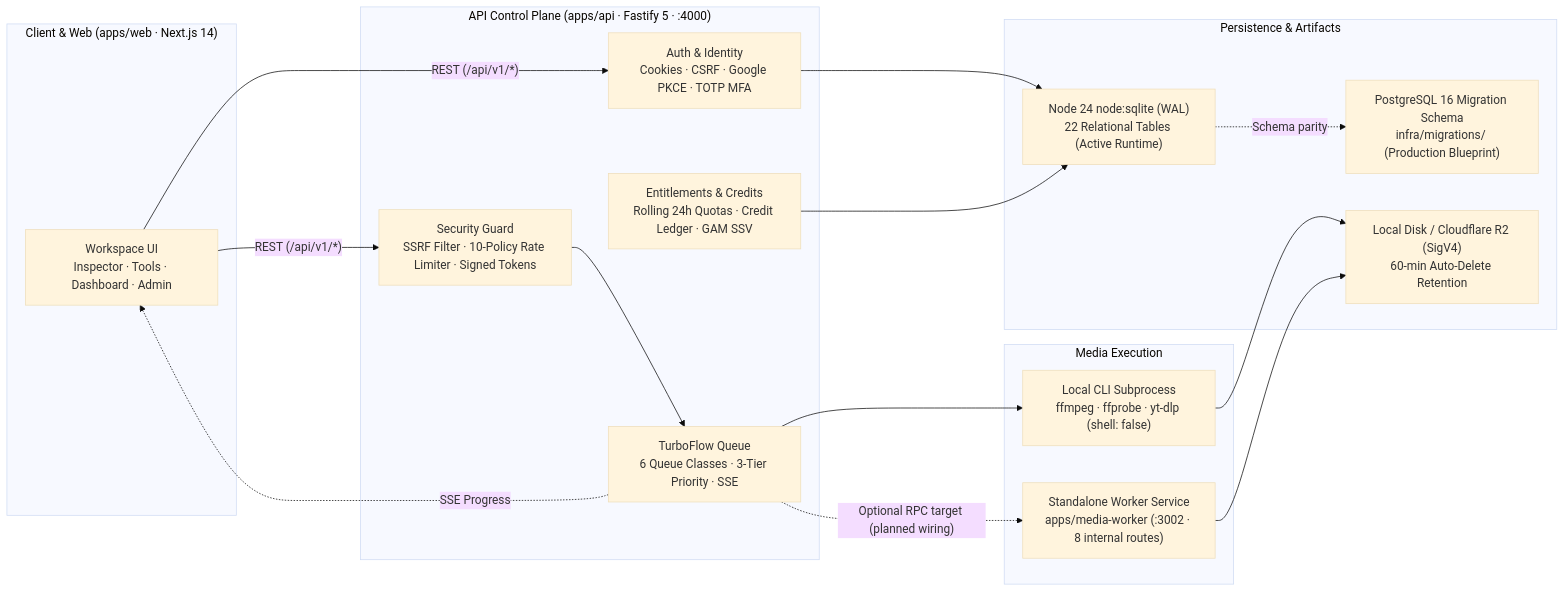
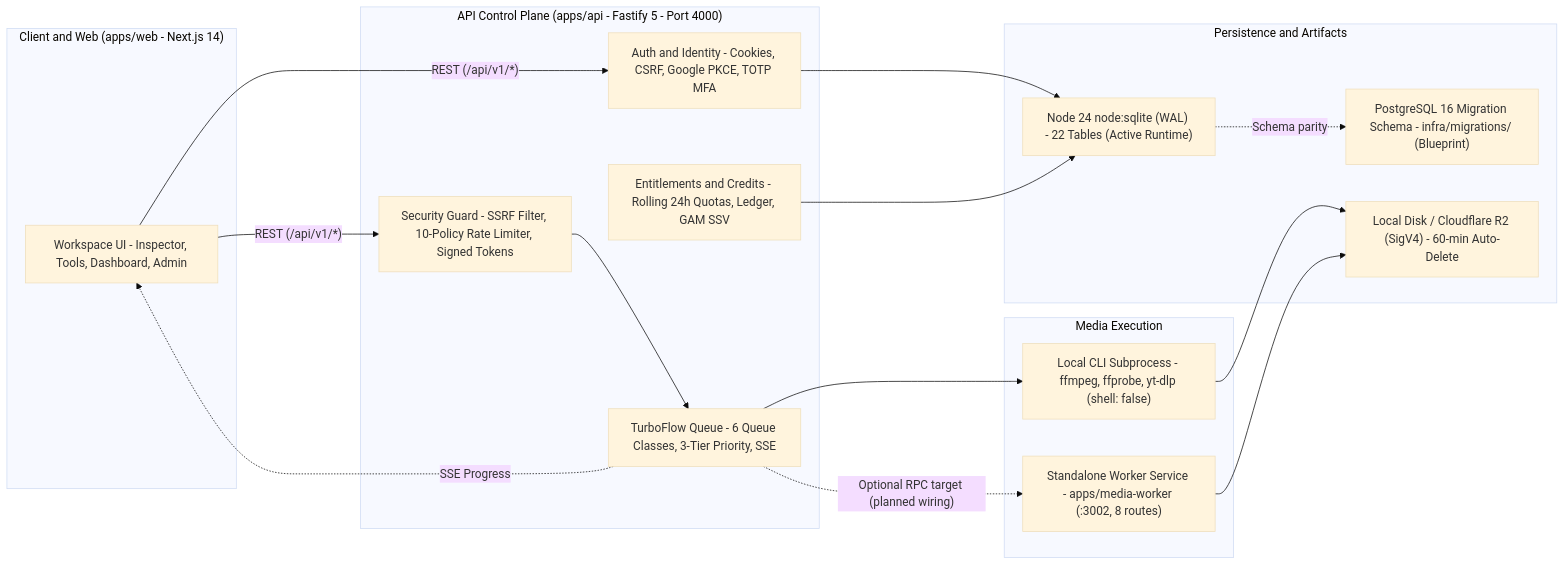
The first of 2 diagrams in README.md (SubhransuNayak007/muxaro), drawn with Mermaid (base theme) before and after one commit. The commit also changed other lines of this file and 1 other file, not shown here.

Commit message:
docs: align README API/test commands and scrub local workspace path from bug register

````diff
--- a/README.md
+++ b/README.md
@@ -141,36 +141,36 @@
 ```mermaid
 flowchart LR
-    subgraph Client["Client & Web (apps/web · Next.js 14)"]
-        UI["Workspace UI<br/>Inspector · Tools · Dashboard · Admin"]
+    subgraph Client["Client and Web (apps/web - Next.js 14)"]
+        UI["Workspace UI - Inspector, Tools, Dashboard, Admin"]
     end
 
-    subgraph API["API Control Plane (apps/api · Fastify 5 · :4000)"]
-        AUTH["Auth & Identity<br/>Cookies · CSRF · Google PKCE · TOTP MFA"]
-        ENT["Entitlements & Credits<br/>Rolling 24h Quotas · Credit Ledger · GAM SSV"]
-        SEC["Security Guard<br/>SSRF Filter · 10-Policy Rate Limiter · Signed Tokens"]
-        QUEUE["TurboFlow Queue<br/>6 Queue Classes · 3-Tier Priority · SSE"]
+    subgraph API["API Control Plane (apps/api - Fastify 5 - Port 4000)"]
+        AUTH["Auth and Identity - Cookies, CSRF, Google PKCE, TOTP MFA"]
+        ENT["Entitlements and Credits - Rolling 24h Quotas, Ledger, GAM SSV"]
+        SEC["Security Guard - SSRF Filter, 10-Policy Rate Limiter, Signed Tokens"]
+        QUEUE["TurboFlow Queue - 6 Queue Classes, 3-Tier Priority, SSE"]
     end
 
     subgraph Exec["Media Execution"]
-        CLI["Local CLI Subprocess<br/>ffmpeg · ffprobe · yt-dlp (shell: false)"]
-        WORKER["Standalone Worker Service<br/>apps/media-worker (:3002 · 8 internal routes)"]
+        CLI["Local CLI Subprocess - ffmpeg, ffprobe, yt-dlp (shell: false)"]
+        WORKER["Standalone Worker Service - apps/media-worker (:3002, 8 routes)"]
     end
 
-    subgraph Storage["Persistence & Artifacts"]
-        SQLITE["Node 24 node:sqlite (WAL)<br/>22 Relational Tables (Active Runtime)"]
-        PG["PostgreSQL 16 Migration Schema<br/>infra/migrations/ (Production Blueprint)"]
-        OBJ["Local Disk / Cloudflare R2 (SigV4)<br/>60-min Auto-Delete Retention"]
+    subgraph Storage["Persistence and Artifacts"]
+        SQLITE["Node 24 node:sqlite (WAL) - 22 Tables (Active Runtime)"]
+        PG["PostgreSQL 16 Migration Schema - infra/migrations/ (Blueprint)"]
+        OBJ["Local Disk / Cloudflare R2 (SigV4) - 60-min Auto-Delete"]
     end
 
     UI -->|"REST (/api/v1/*)"| AUTH
     UI -->|"REST (/api/v1/*)"| SEC
     QUEUE -.->|"SSE Progress"| UI
     AUTH --> SQLITE
     ENT --> SQLITE
     SEC --> QUEUE
     QUEUE --> CLI
     QUEUE -.->|"Optional RPC target (planned wiring)"| WORKER
     CLI --> OBJ
     WORKER --> OBJ
     SQLITE -.->|"Schema parity"| PG
 ```
````
